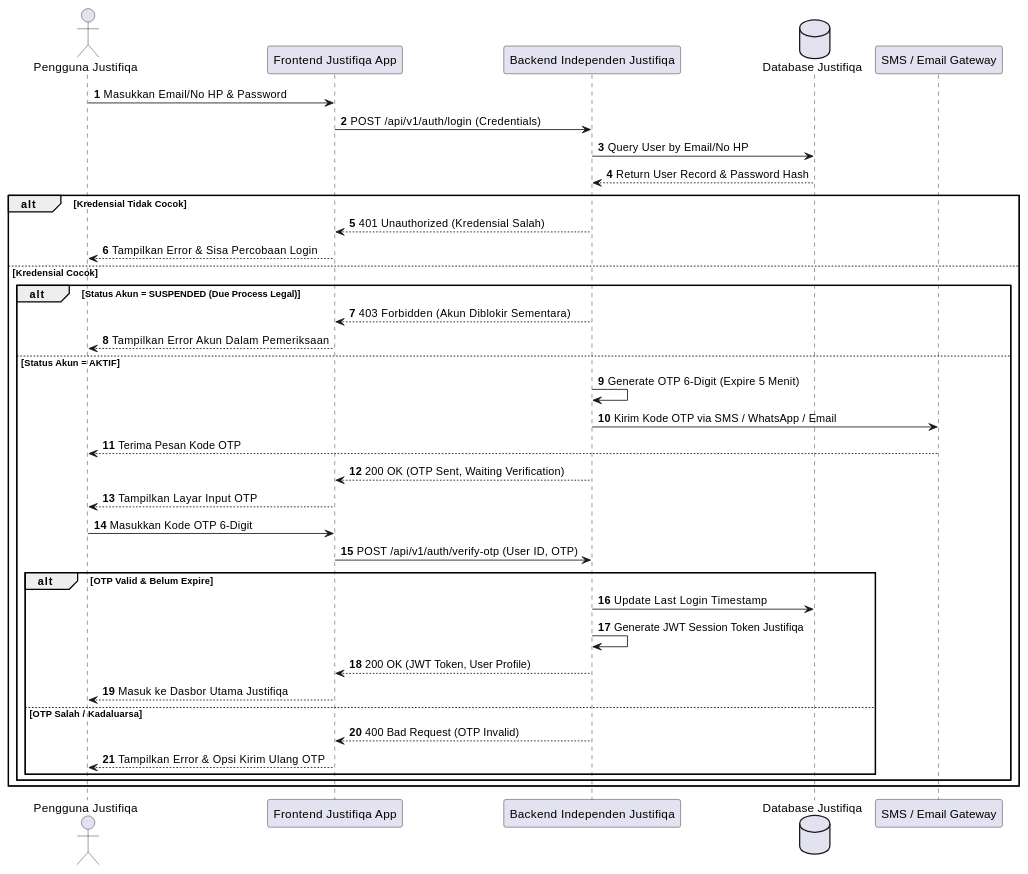
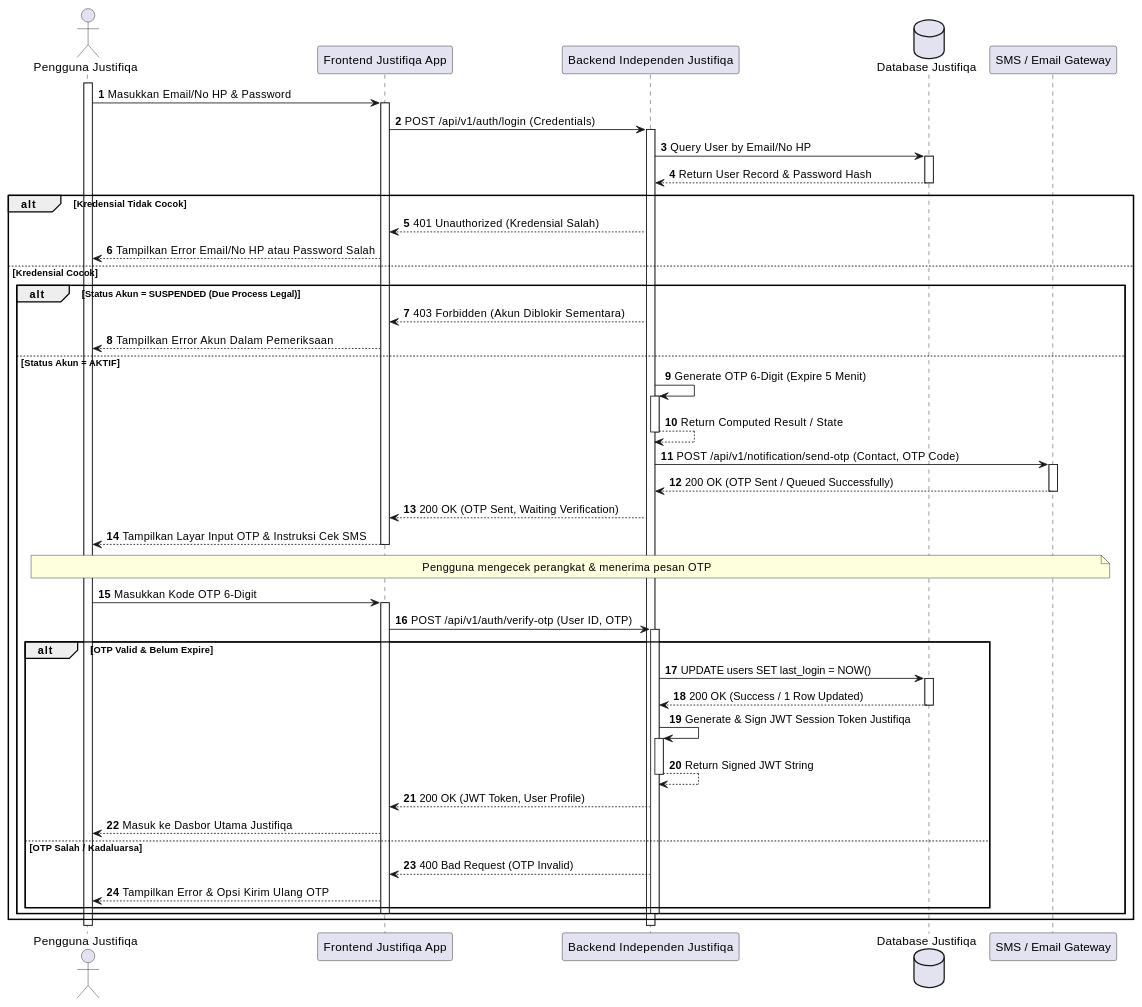
The second of 27 diagrams in MarkDown/plantuml_sequence_diagrams.md (tupperwureism/SuperApp-Gagal), drawn with PlantUML before and after one commit. The commit also changed other lines of this file and 1 other file, not shown here.

Commit message:
docs(uml): enforce strict UML activation bars, API/DB return arrows, and alt security boundaries for SD Justifiqa & Qualifa

````diff
--- a/MarkDown/plantuml_sequence_diagrams.md
+++ b/MarkDown/plantuml_sequence_diagrams.md
@@ -64,45 +69,55 @@
 ```plantuml
 @startuml
 autonumber
 actor "Pengguna Justifiqa" as User
 participant "Frontend Justifiqa App" as FE
 participant "Backend Independen Justifiqa" as BE
 database "Database Justifiqa" as DB
 participant "SMS / Email Gateway" as SMS
 
-User -> FE : Masukkan Email/No HP & Password
-FE -> BE : POST /api/v1/auth/login (Credentials)
+activate User
+User -> FE ++ : Masukkan Email/No HP & Password
+FE -> BE ++ : POST /api/v1/auth/login (Credentials)
 
-BE -> DB : Query User by Email/No HP
-DB --> BE : Return User Record & Password Hash
+BE -> DB ++ : Query User by Email/No HP
+DB --> BE -- : Return User Record & Password Hash
 
 alt Kredensial Tidak Cocok
     BE --> FE : 401 Unauthorized (Kredensial Salah)
-    FE --> User : Tampilkan Error & Sisa Percobaan Login
+    FE --> User : Tampilkan Error Email/No HP atau Password Salah
 else Kredensial Cocok
     alt Status Akun = SUSPENDED (Due Process Legal)
         BE --> FE : 403 Forbidden (Akun Diblokir Sementara)
         FE --> User : Tampilkan Error Akun Dalam Pemeriksaan
     else Status Akun = AKTIF
-        BE -> BE : Generate OTP 6-Digit (Expire 5 Menit)
-        BE -> SMS : Kirim Kode OTP via SMS / WhatsApp / Email
-        SMS --> User : Terima Pesan Kode OTP
+        BE -> BE ++ : Generate OTP 6-Digit (Expire 5 Menit)
+        BE --> BE -- : Return Computed Result / State
+        BE -> SMS ++ : POST /api/v1/notification/send-otp (Contact, OTP Code)
+        SMS --> BE -- : 200 OK (OTP Sent / Queued Successfully)
         BE --> FE : 200 OK (OTP Sent, Waiting Verification)
-        FE --> User : Tampilkan Layar Input OTP
+        FE --> User -- : Tampilkan Layar Input OTP & Instruksi Cek SMS
+        note over User, SMS : Pengguna mengecek perangkat & menerima pesan OTP
         
-        User -> FE : Masukkan Kode OTP 6-Digit
-        FE -> BE : POST /api/v1/auth/verify-otp (User ID, OTP)
+        User -> FE ++ : Masukkan Kode OTP 6-Digit
+        FE -> BE ++ : POST /api/v1/auth/verify-otp (User ID, OTP)
         
         alt OTP Valid & Belum Expire
-            BE -> DB : Update Last Login Timestamp
-            BE -> BE : Generate JWT Session Token Justifiqa
+            BE -> DB ++ : UPDATE users SET last_login = NOW()
+            DB --> BE -- : 200 OK (Success / 1 Row Updated)
+            BE -> BE ++ : Generate & Sign JWT Session Token Justifiqa
+            BE --> BE -- : Return Signed JWT String
             BE --> FE : 200 OK (JWT Token, User Profile)
             FE --> User : Masuk ke Dasbor Utama Justifiqa
         else OTP Salah / Kadaluarsa
             BE --> FE : 400 Bad Request (OTP Invalid)
             FE --> User : Tampilkan Error & Opsi Kirim Ulang OTP
         end
+        deactivate BE
+        deactivate FE
     end
 end
+deactivate BE
+deactivate FE
+deactivate User
 @enduml
 ```
````
